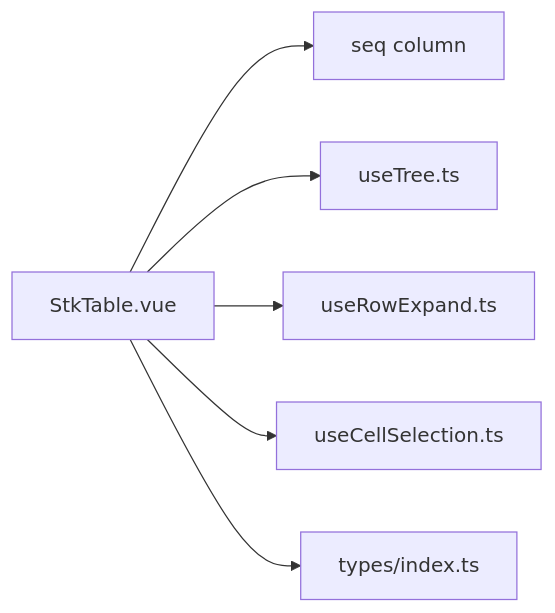
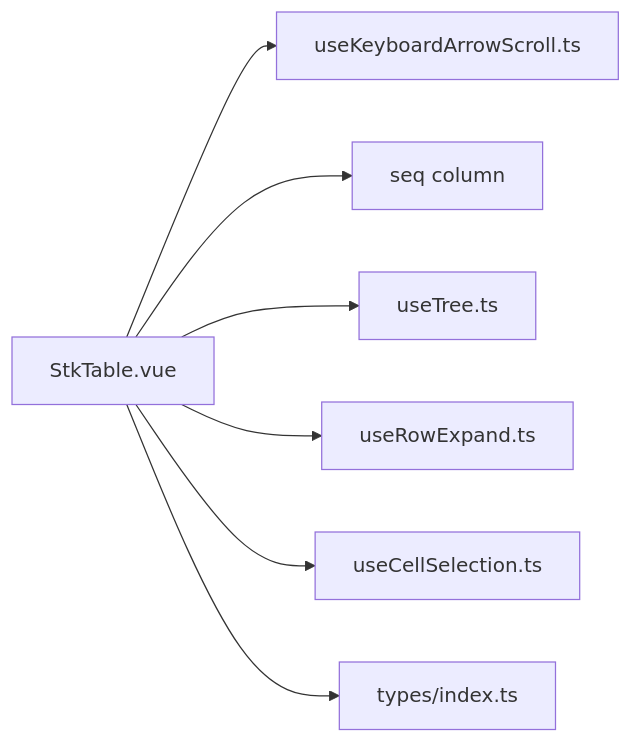
Before and after one commit to ja-plus/stk-table-vue: the tenth of 10 diagrams in .qoder/repowiki/en/content/Basic Features/Interaction Controls.md, drawn with Mermaid. The commit also changed other lines of this file and 3 other files, not shown here.

````diff
--- a/.qoder/repowiki/en/content/Basic Features/Interaction Controls.md
+++ b/.qoder/repowiki/en/content/Basic Features/Interaction Controls.md
@@ -365,14 +433,16 @@
 ```mermaid
 graph LR
 STK["StkTable.vue"]
+KAS["useKeyboardArrowScroll.ts"]
 SEQ["seq column"]
 TREE["useTree.ts"]
 REXP["useRowExpand.ts"]
 CSEL["useCellSelection.ts"]
 TYPES["types/index.ts"]
+STK --> KAS
 STK --> SEQ
 STK --> TREE
 STK --> REXP
 STK --> CSEL
 STK --> TYPES
 ```
````
